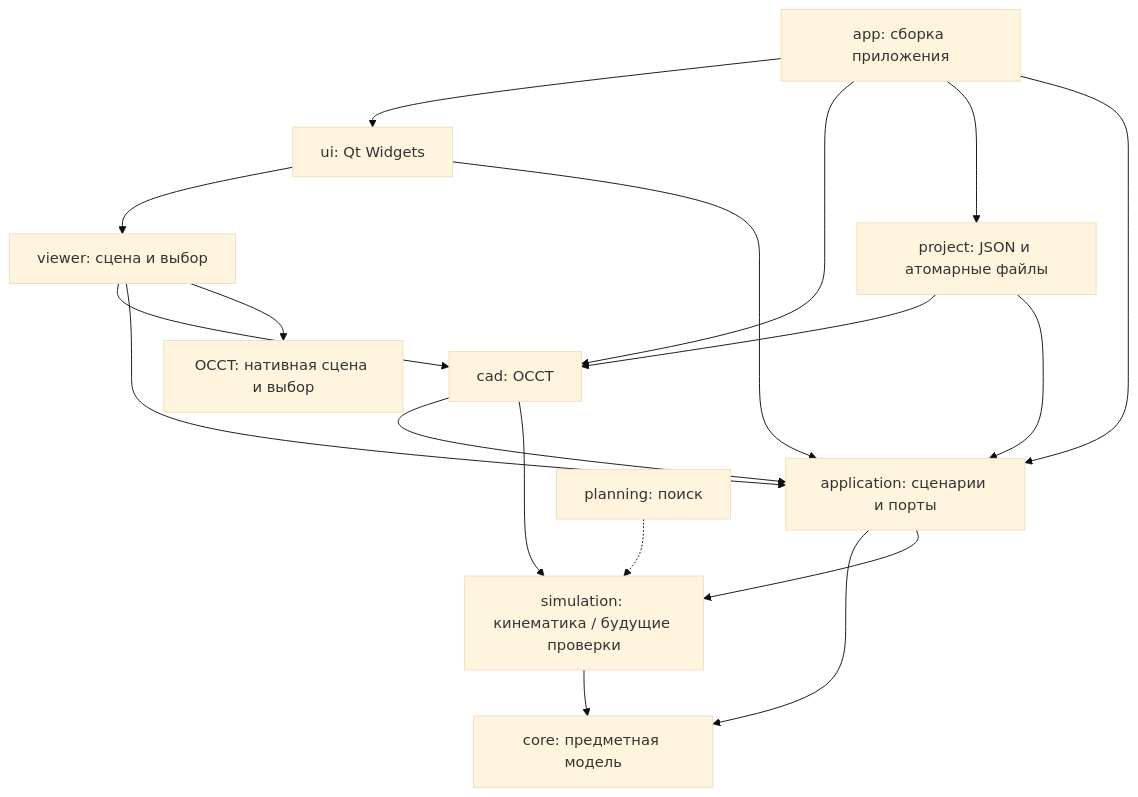
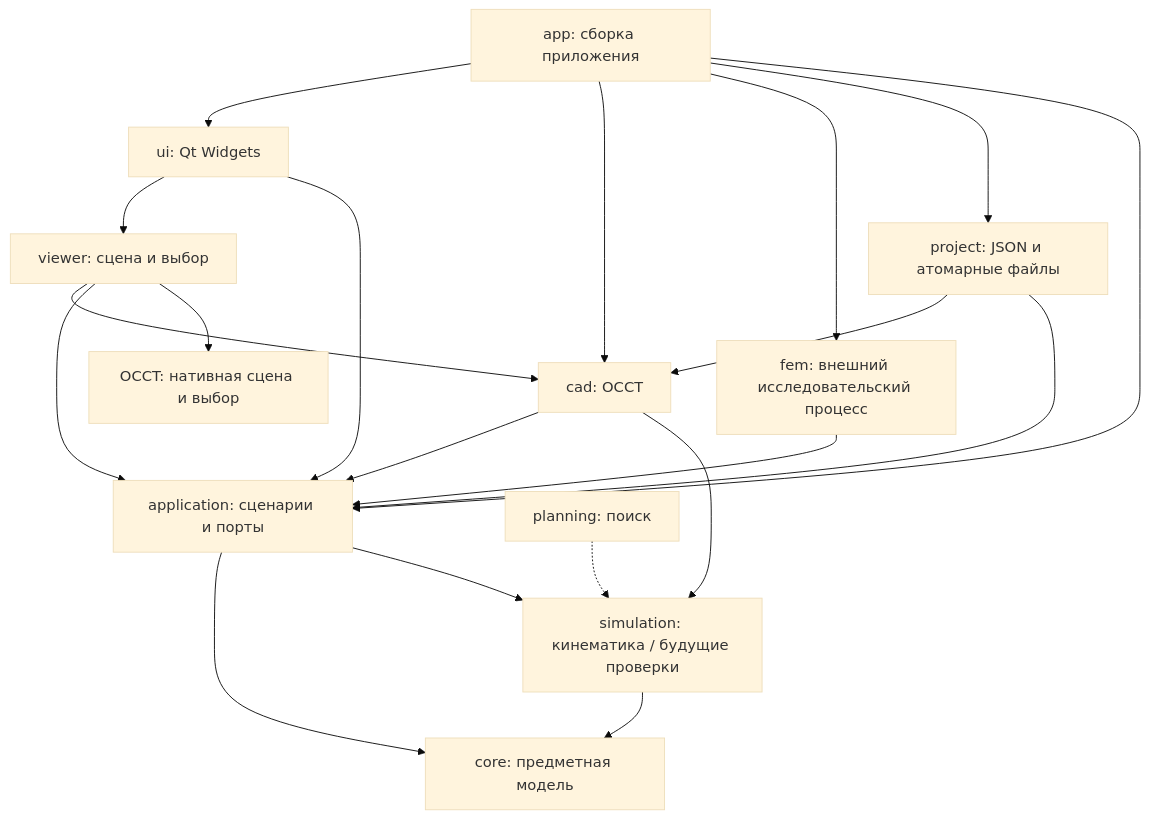
The diagram in docs/architecture.md (DenisPapushaJava/3d-bending-simulator), drawn with Mermaid (base theme) before and after one commit. The commit also changed other lines of this file and 32 other files, not shown here.

Commit message:
feat: connect synthetic FEM experiments to the desktop app

````diff
--- a/docs/architecture.md
+++ b/docs/architecture.md
@@ -15,20 +15,22 @@
 ```mermaid
 flowchart TD
     APP[app: сборка приложения] --> UI[ui: Qt Widgets]
     APP --> CAD[cad: OCCT]
+    APP --> FEM[fem: внешний исследовательский процесс]
+    FEM --> USE
     APP --> FILES[project: JSON и атомарные файлы]
     FILES --> CAD
     FILES --> USE
     UI --> VIEW[viewer: сцена и выбор]
     APP --> USE[application: сценарии и порты]
     UI --> USE
     CAD --> USE
     VIEW --> CAD
     VIEW --> USE
     USE --> CORE[core: предметная модель]
     VIEW --> OCC[OCCT: нативная сцена и выбор]
     SIM[simulation: кинематика / будущие проверки] --> CORE
     CAD --> SIM
     PLAN[planning: поиск] -.-> SIM
     USE --> SIM
 ```
````
